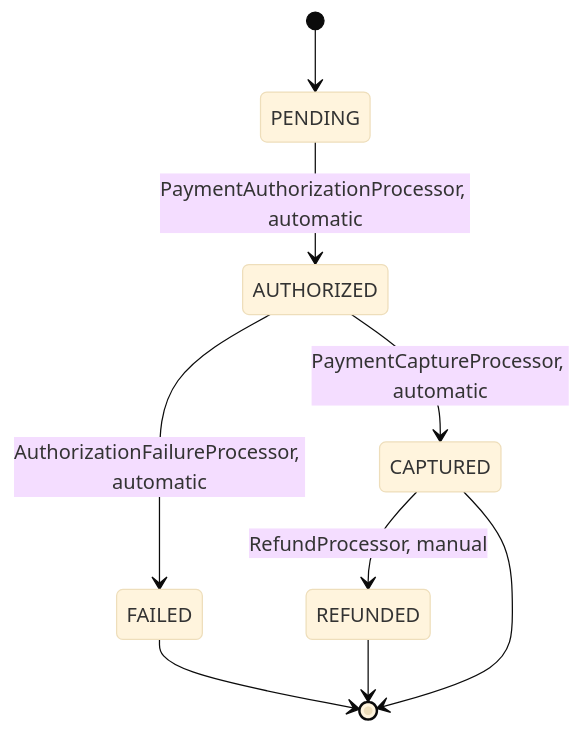
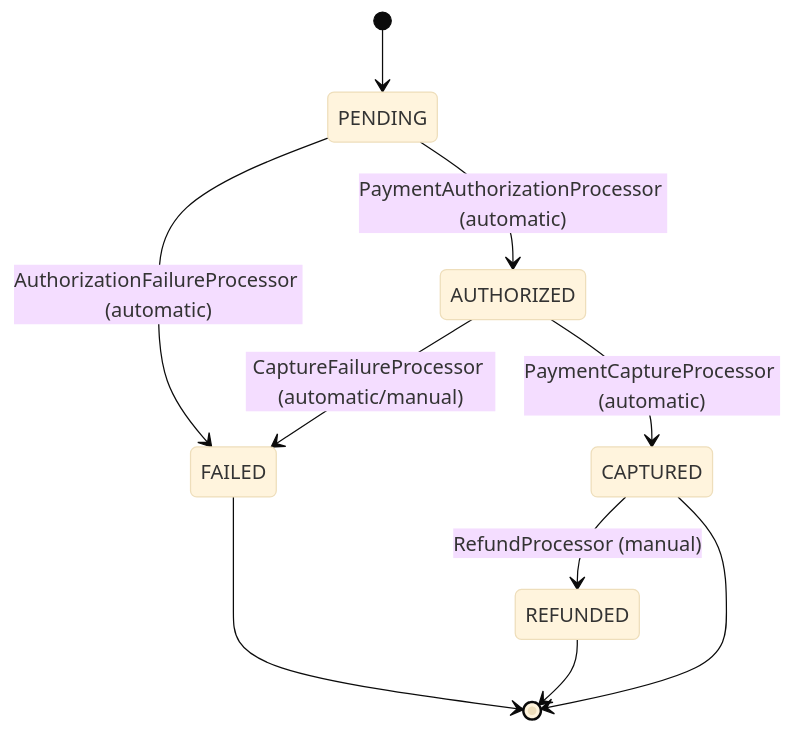
Before and after one commit to Cyoda-platform/java-client-template: the second of 3 diagrams in src/main/java/com/java_template/prototype/functional_requirement.md, drawn with Mermaid (base theme). The commit also changed other lines of this file, not shown here.

````diff
--- a/src/main/java/com/java_template/prototype/functional_requirement.md
+++ b/src/main/java/com/java_template/prototype/functional_requirement.md
@@ -73,11 +149,12 @@
 ```mermaid
 stateDiagram-v2
     [*] --> PENDING
-    PENDING --> AUTHORIZED : PaymentAuthorizationProcessor, automatic
-    AUTHORIZED --> CAPTURED : PaymentCaptureProcessor, automatic
-    AUTHORIZED --> FAILED : AuthorizationFailureProcessor, automatic
-    CAPTURED --> REFUNDED : RefundProcessor, manual
+    PENDING --> AUTHORIZED : PaymentAuthorizationProcessor (automatic)
+    PENDING --> FAILED : AuthorizationFailureProcessor (automatic)
+    AUTHORIZED --> CAPTURED : PaymentCaptureProcessor (automatic)
+    AUTHORIZED --> FAILED : CaptureFailureProcessor (automatic/manual)
+    CAPTURED --> REFUNDED : RefundProcessor (manual)
     FAILED --> [*]
     REFUNDED --> [*]
     CAPTURED --> [*]
 ```
````
